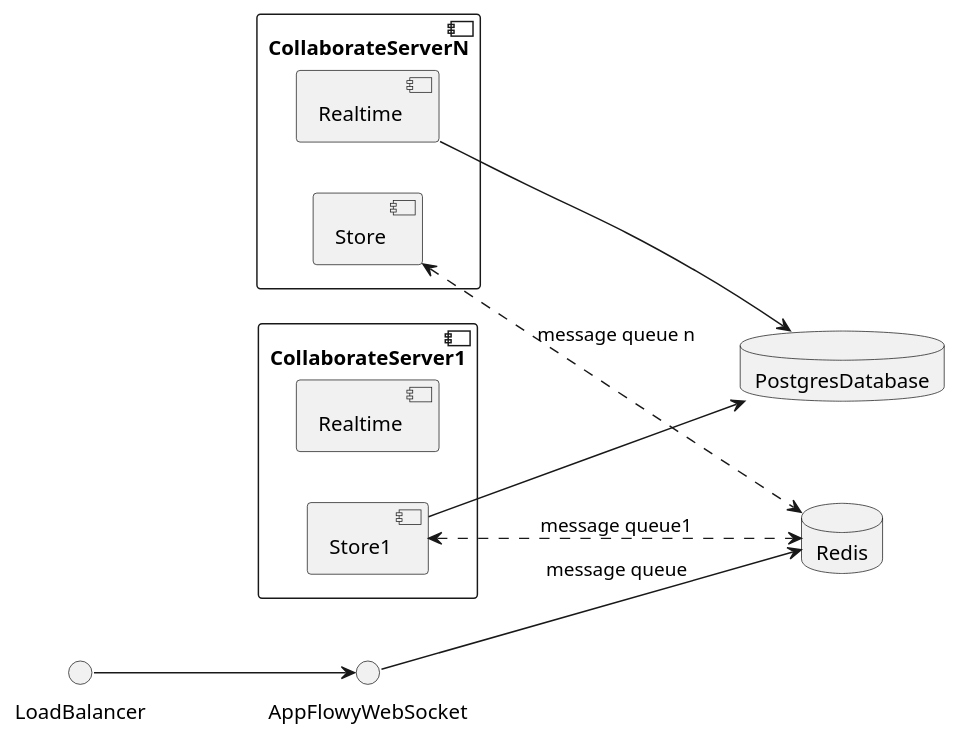
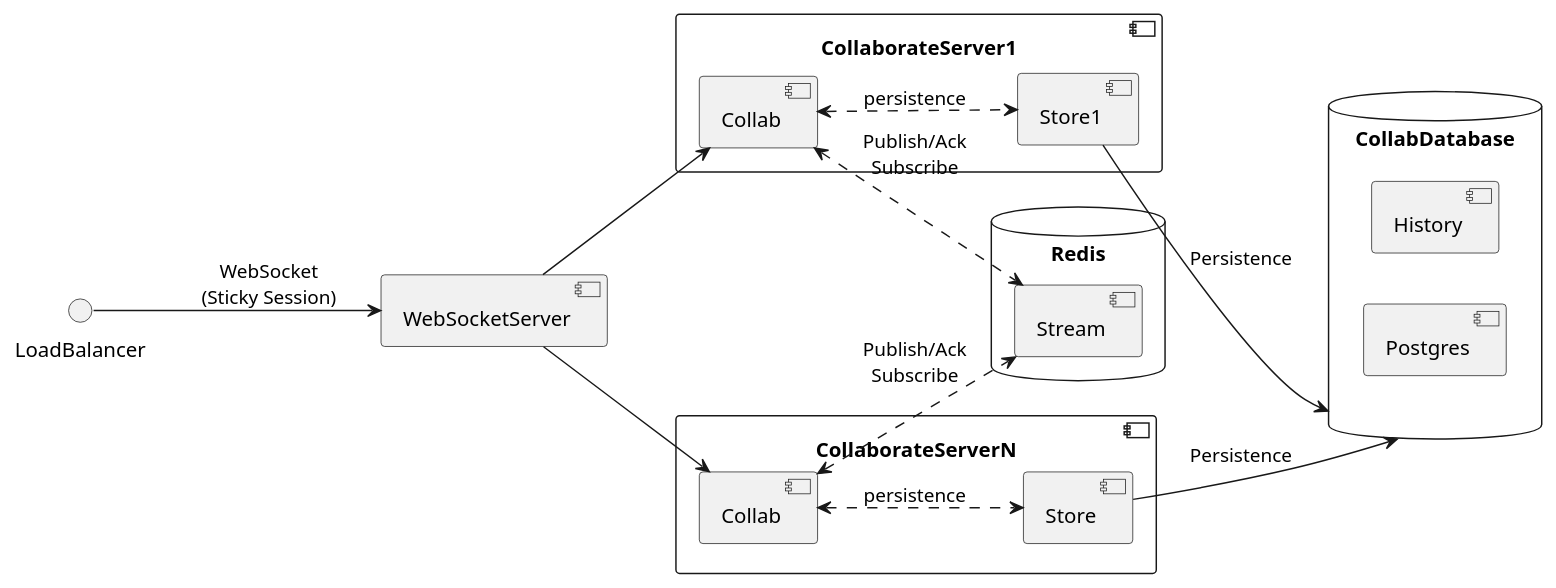
Before and after one commit to AppFlowy-IO/AppFlowy-Docs: the first of 2 diagrams in uml/appflowy_cloud/appflowy_realtime.plantuml, drawn with PlantUML. The commit also changed other lines of this file, not shown here.

```diff
--- a/uml/appflowy_cloud/appflowy_realtime.plantuml
+++ b/uml/appflowy_cloud/appflowy_realtime.plantuml
@@ -35,29 +2,36 @@
 @startuml
 left to right direction
-
+component WebSocketServer
 component CollaborateServer1 {
-    [Realtime] as R1
+    [Collab] as R1
     [Store1] as S1
 }
 
 
 component CollaborateServerN {
-    [Realtime] as RN
+    [Collab] as RN
     [Store] as SN
 }
 
-database Redis {
+database "Redis" as Redis {
+    [Stream] as stream
 }
 
-database PostgresDatabase {
+database CollabDatabase {
+    [History]
+    [Postgres] as db
 }
 
-LoadBalancer --> AppFlowyWebSocket
-AppFlowyWebSocket --> Redis : message queue
+LoadBalancer --> WebSocketServer: WebSocket\n(Sticky Session)
+WebSocketServer --> R1
+WebSocketServer --> RN
 
-S1 <..> Redis : message queue1
-S1 --> PostgresDatabase
+R1 <..> S1: persistence
+RN <..> SN: persistence
 
-SN <..> Redis : message queue n
-RN --> PostgresDatabase
+R1 <..> stream :Publish/Ack\nSubscribe
+S1 -d-> CollabDatabase : Persistence
+
+RN <..> stream : Publish/Ack\nSubscribe
+SN -d-> CollabDatabase: Persistence
 @enduml
```
